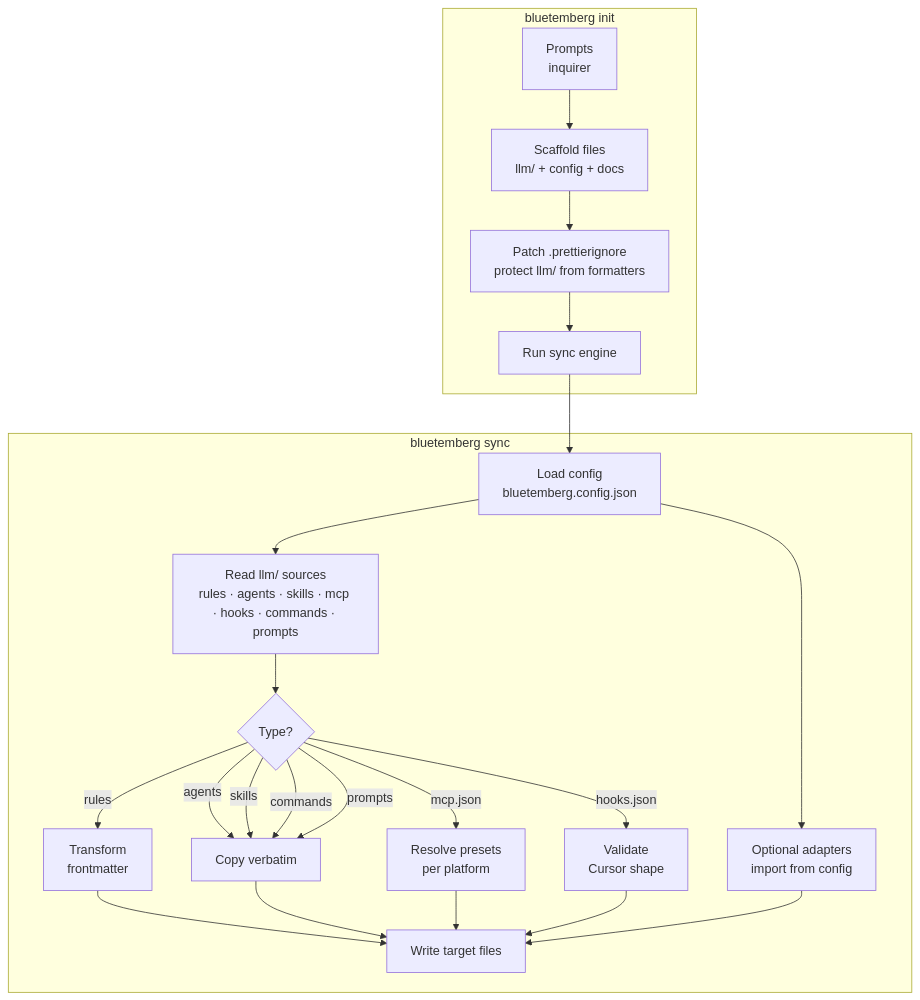
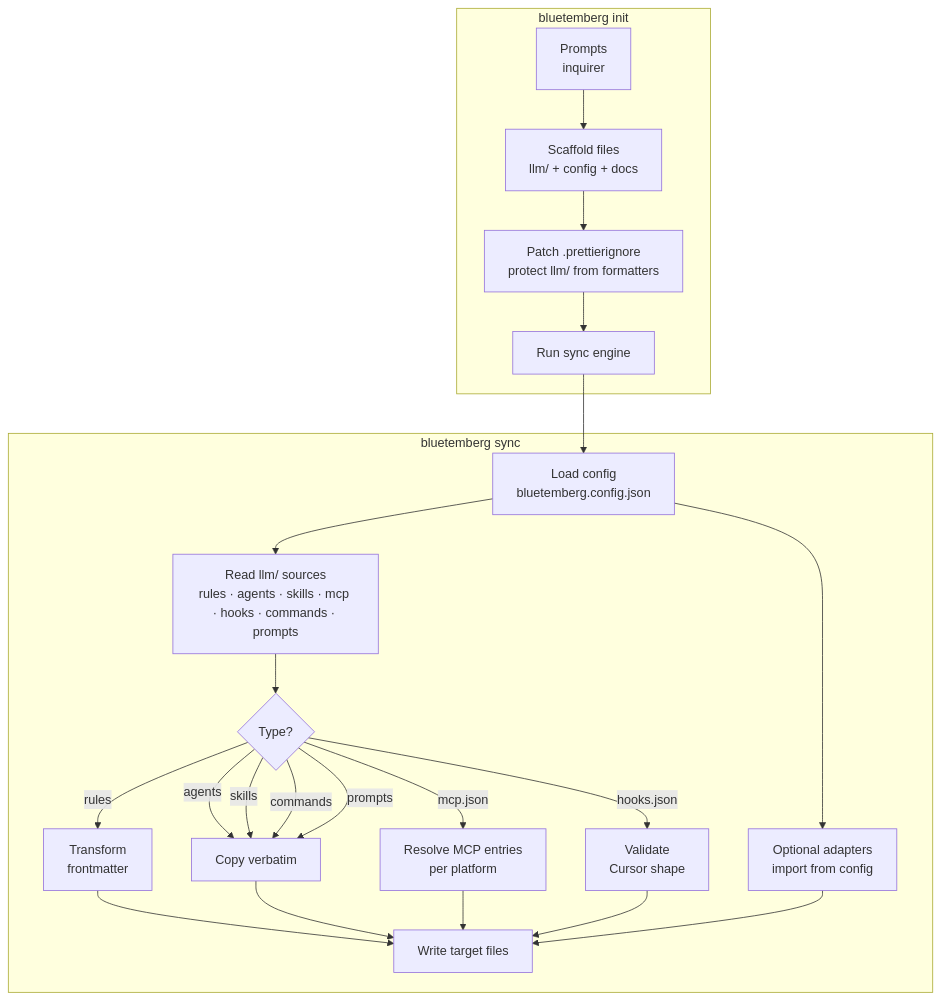
The first of 3 diagrams in docs/wiki/Architecture.md (prototypdigital/bluetemberg), drawn with Mermaid before and after one commit. The commit also changed other lines of this file and 13 other files, not shown here.

````diff
--- a/docs/wiki/Architecture.md
+++ b/docs/wiki/Architecture.md
@@ -7,28 +7,28 @@
 ```mermaid
 flowchart TD
     subgraph init ["bluetemberg init"]
         A[Prompts\ninquirer] --> B[Scaffold files\nllm/ + config + docs]
         B --> B2[Patch .prettierignore\nprotect llm/ from formatters]
         B2 --> C[Run sync engine]
     end
 
     subgraph sync ["bluetemberg sync"]
         D[Load config\nbluetemberg.config.json] --> E[Read llm/ sources\nrules · agents · skills · mcp · hooks · commands · prompts]
         D --> L[Optional adapters\nimport from config]
         E --> F{Type?}
         F -->|rules| G[Transform\nfrontmatter]
         F -->|agents| H[Copy verbatim]
         F -->|skills| H
         F -->|commands| H
         F -->|prompts| H
-        F -->|mcp.json| J[Resolve presets\nper platform]
+        F -->|mcp.json| J[Resolve MCP entries\nper platform]
         F -->|hooks.json| K[Validate\nCursor shape]
         G --> I[Write target files]
         H --> I
         J --> I
         K --> I
         L --> I
     end
 
     C --> D
 ```
````
